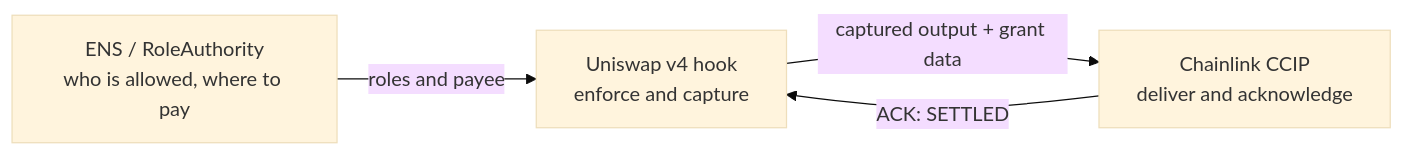
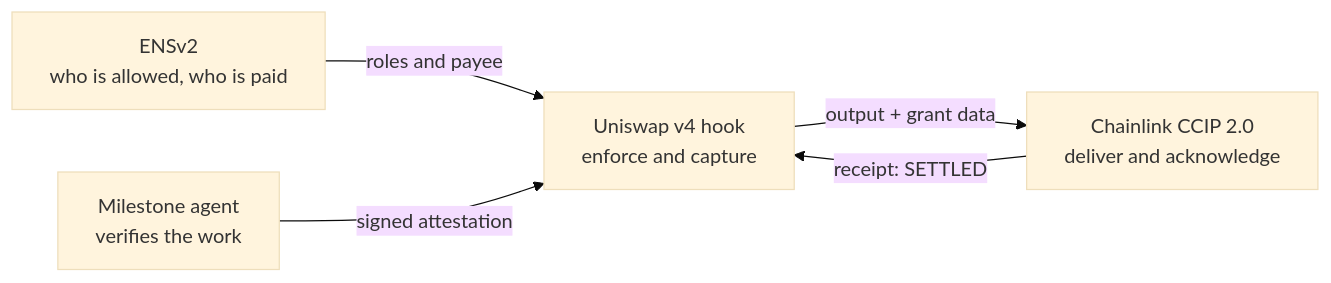
Before and after one commit to neevmodh/nidhi: the diagram in docs/architecture/README.md, drawn with Mermaid (base theme). The commit also changed other lines of this file and 5 other files, not shown here.

First line of the commit message:
Docs: a full README and deep dives for Uniswap v4, ENSv2, CCIP 2.0 and the milestone agent

````diff
--- a/docs/architecture/README.md
+++ b/docs/architecture/README.md
@@ -15,6 +15,7 @@
 ```mermaid
 flowchart LR
-  ENS["ENS / RoleAuthority\nwho is allowed, where to pay"] -->|"roles and payee"| HK["Uniswap v4 hook\nenforce and capture"]
-  HK -->|"captured output + grant data"| CCIP["Chainlink CCIP\ndeliver and acknowledge"]
-  CCIP -->|"ACK: SETTLED"| HK
+  ENS["ENSv2<br/>who is allowed, who is paid"] -->|"roles and payee"| HK["Uniswap v4 hook<br/>enforce and capture"]
+  AG["Milestone agent<br/>verifies the work"] -->|"signed attestation"| HK
+  HK -->|"output + grant data"| CCIP["Chainlink CCIP 2.0<br/>deliver and acknowledge"]
+  CCIP -->|"receipt: SETTLED"| HK
 ```
````
